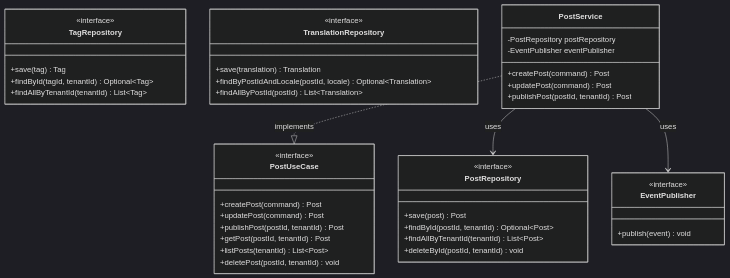
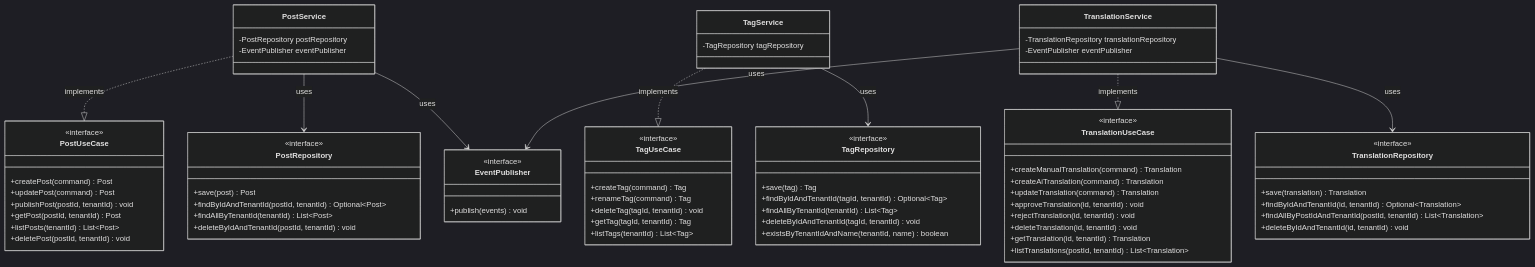
Before and after one commit to tomirgang/tomsblog: the second of 5 diagrams in docs/design/modules/ROOT/pages/blog-content/index.adoc, drawn with Mermaid (dark theme). The commit also changed other lines of this file and 84 other files, not shown here.

```diff
--- a/docs/design/modules/ROOT/pages/blog-content/index.adoc
+++ b/docs/design/modules/ROOT/pages/blog-content/index.adoc
@@ -127,48 +127,83 @@
         <<interface>>
         +createPost(command) Post
         +updatePost(command) Post
-        +publishPost(postId, tenantId) Post
+        +publishPost(postId, tenantId) void
         +getPost(postId, tenantId) Post
         +listPosts(tenantId) List~Post~
         +deletePost(postId, tenantId) void
     }
 
+    class TagUseCase {
+        <<interface>>
+        +createTag(command) Tag
+        +renameTag(command) Tag
+        +deleteTag(tagId, tenantId) void
+        +getTag(tagId, tenantId) Tag
+        +listTags(tenantId) List~Tag~
+    }
+
+    class TranslationUseCase {
+        <<interface>>
+        +createManualTranslation(command) Translation
+        +createAiTranslation(command) Translation
+        +updateTranslation(command) Translation
+        +approveTranslation(id, tenantId) void
+        +rejectTranslation(id, tenantId) void
+        +deleteTranslation(id, tenantId) void
+        +getTranslation(id, tenantId) Translation
+        +listTranslations(postId, tenantId) List~Translation~
+    }
+
     class PostRepository {
         <<interface>>
         +save(post) Post
-        +findById(postId, tenantId) Optional~Post~
+        +findByIdAndTenantId(postId, tenantId) Optional~Post~
         +findAllByTenantId(tenantId) List~Post~
-        +deleteById(postId, tenantId) void
+        +deleteByIdAndTenantId(postId, tenantId) void
     }
 
     class TagRepository {
         <<interface>>
         +save(tag) Tag
-        +findById(tagId, tenantId) Optional~Tag~
+        +findByIdAndTenantId(tagId, tenantId) Optional~Tag~
         +findAllByTenantId(tenantId) List~Tag~
+        +deleteByIdAndTenantId(tagId, tenantId) void
+        +existsByTenantIdAndName(tenantId, name) boolean
     }
 
     class TranslationRepository {
         <<interface>>
         +save(translation) Translation
-        +findByPostIdAndLocale(postId, locale) Optional~Translation~
-        +findAllByPostId(postId) List~Translation~
+        +findByIdAndTenantId(id, tenantId) Optional~Translation~
+        +findAllByPostIdAndTenantId(postId, tenantId) List~Translation~
+        +deleteByIdAndTenantId(id, tenantId) void
     }
 
     class EventPublisher {
         <<interface>>
-        +publish(event) void
+        +publish(events) void
     }
 
     class PostService {
         -PostRepository postRepository
         -EventPublisher eventPublisher
-        +createPost(command) Post
-        +updatePost(command) Post
-        +publishPost(postId, tenantId) Post
+    }
+
+    class TagService {
+        -TagRepository tagRepository
+    }
+
+    class TranslationService {
+        -TranslationRepository translationRepository
+        -EventPublisher eventPublisher
     }
 
     PostService ..|> PostUseCase : implements
     PostService --> PostRepository : uses
     PostService --> EventPublisher : uses
+    TagService ..|> TagUseCase : implements
+    TagService --> TagRepository : uses
+    TranslationService ..|> TranslationUseCase : implements
+    TranslationService --> TranslationRepository : uses
+    TranslationService --> EventPublisher : uses
 ----
```
